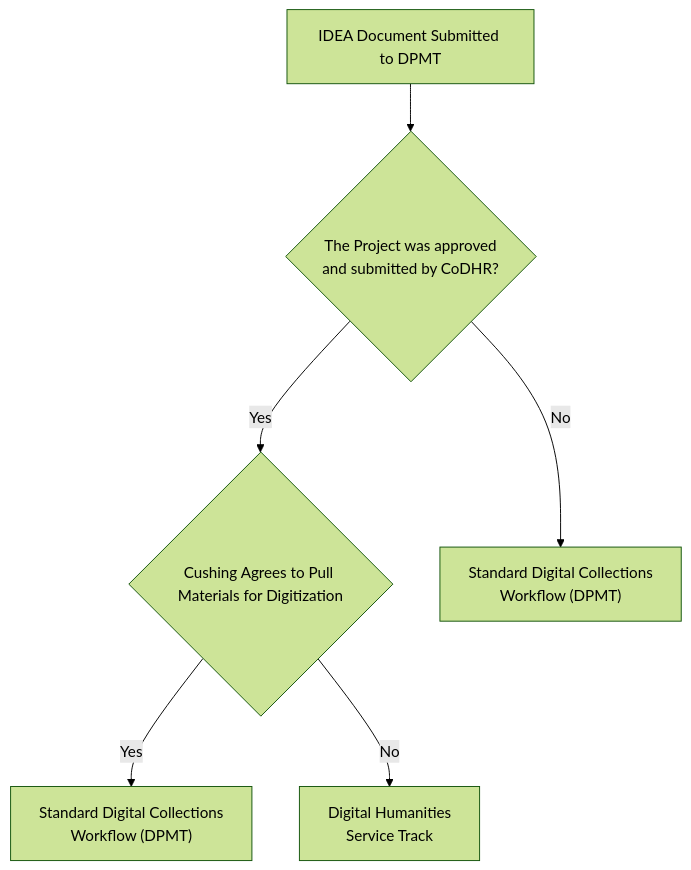
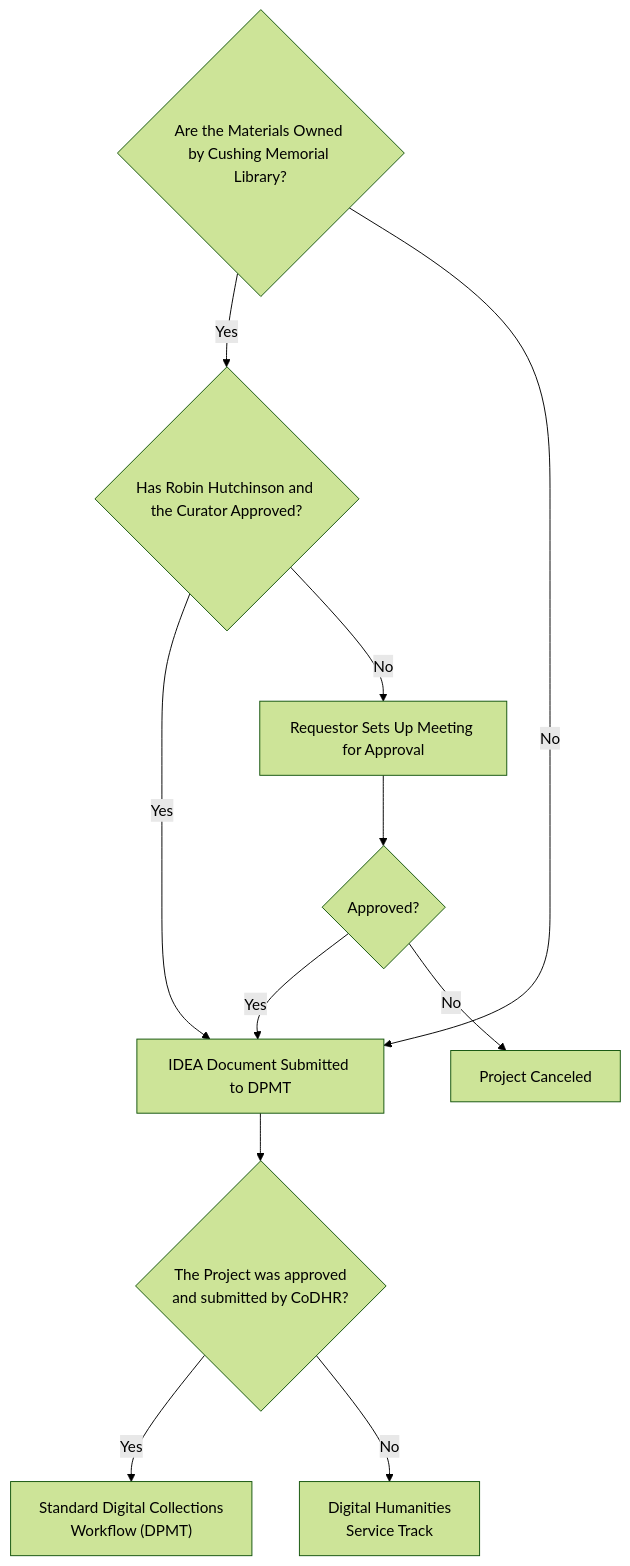
One commit to tamulib-dc-labs/docs changed the first of 2 diagrams in docs/source/about/06_workflow.rst. Above: the diagram before and after it, drawn with Mermaid (forest theme).

Commit message:
Fix workflow.

```diff
--- a/docs/source/about/06_workflow.rst
+++ b/docs/source/about/06_workflow.rst
@@ -45,16 +45,24 @@
 .. mermaid::
 
    flowchart TD
 
+   Z{"Are the Materials Owned by Cushing Memorial Library?"}
+   Y{"Has Robin Hutchinson and the Curator Approved?"}
+   X["Requestor Sets Up Meeting for Approval"]
+   W{"Approved?"}
+   V["Project Canceled"]
    A["IDEA Document Submitted to DPMT"]
    B{"The Project was approved<br>and submitted by CoDHR?"}
-   C{"Cushing Agrees to Pull Materials for Digitization"}
    D["Standard Digital Collections<br>Workflow (DPMT)"]
    E["Digital Humanities<br>Service Track"]
-   F["Standard Digital Collections<br>Workflow (DPMT)"]
 
+   Z -- Yes --> Y
+   Y -- Yes --> A
+   Z -- No --> A
+   Y -- No --> X
+   X --> W
+   W -- Yes --> A
+   W -- No --> V
    A --> B
-   B -- No --> F
-   B -- Yes --> C
-   C -- Yes --> D
-   C -- No --> E
+   B -- Yes --> D
+   B -- No --> E
```
